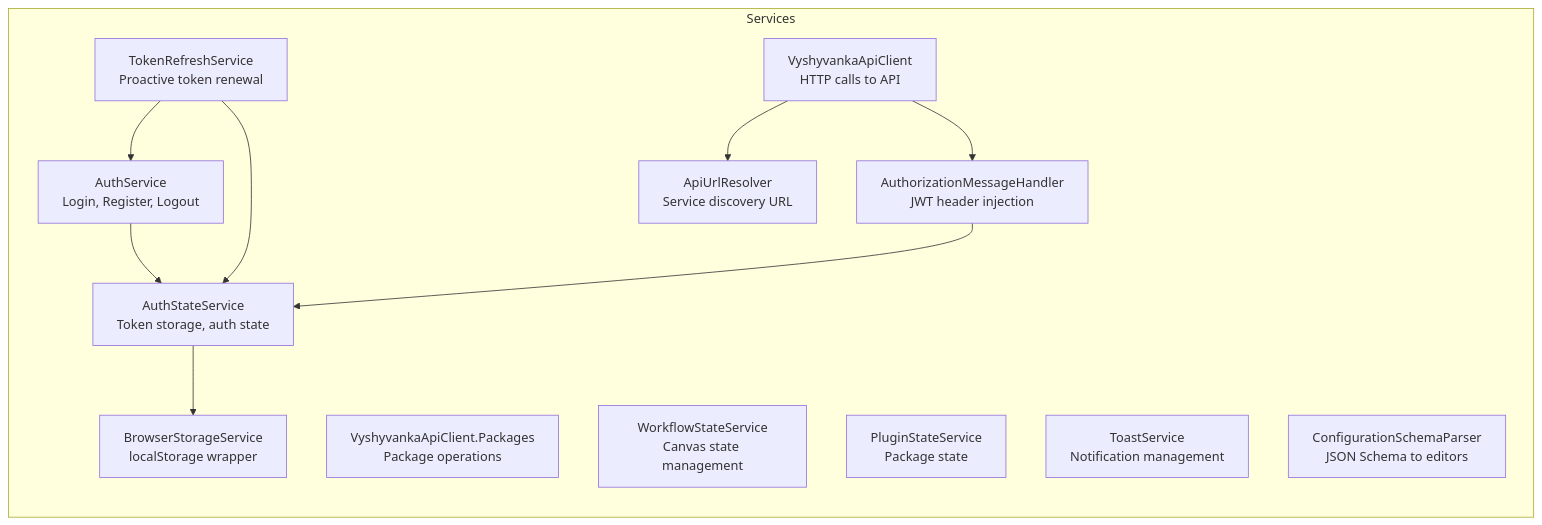
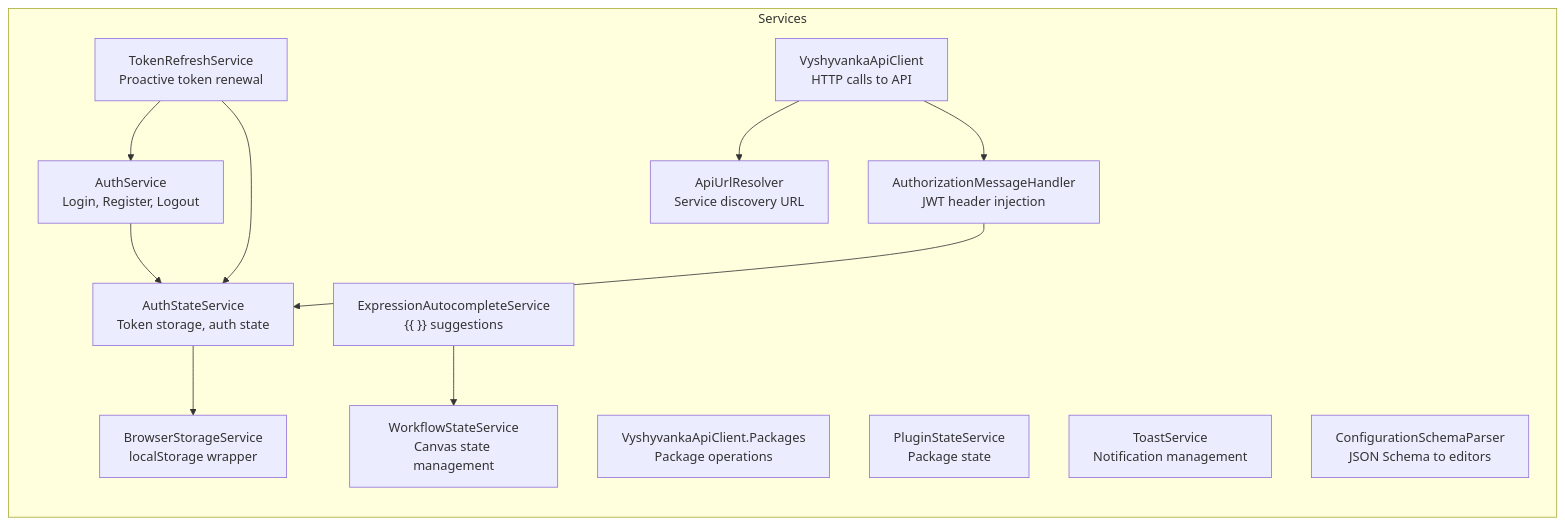
Before and after one commit to homolibere/Vyshyvanka: the second of 3 diagrams in docs/09-designer.md, drawn with Mermaid. The commit also changed other lines of this file and 14 other files, not shown here.

Commit message:
feat(expression-autocomplete): add contextual autocomplete for {{ }} expressions

````diff
--- a/docs/09-designer.md
+++ b/docs/09-designer.md
@@ -100,25 +102,27 @@
 ```mermaid
 flowchart LR
     subgraph "Services"
         ApiClient["VyshyvankaApiClient<br/>HTTP calls to API"]
         ApiClientPkg["VyshyvankaApiClient.Packages<br/>Package operations"]
         AuthService["AuthService<br/>Login, Register, Logout"]
         AuthState["AuthStateService<br/>Token storage, auth state"]
         TokenRefresh["TokenRefreshService<br/>Proactive token renewal"]
         WorkflowState["WorkflowStateService<br/>Canvas state management"]
+        ExprAutocomplete["ExpressionAutocompleteService<br/>{{ }} suggestions"]
         PluginState["PluginStateService<br/>Package state"]
         ToastService["ToastService<br/>Notification management"]
         Storage["BrowserStorageService<br/>localStorage wrapper"]
         SchemaParser["ConfigurationSchemaParser<br/>JSON Schema to editors"]
         UrlResolver["ApiUrlResolver<br/>Service discovery URL"]
         AuthHandler["AuthorizationMessageHandler<br/>JWT header injection"]
     end
 
     AuthService --> AuthState
     AuthState --> Storage
     TokenRefresh --> AuthService
     TokenRefresh --> AuthState
     ApiClient --> AuthHandler
     AuthHandler --> AuthState
     ApiClient --> UrlResolver
+    ExprAutocomplete --> WorkflowState
 ```
````
